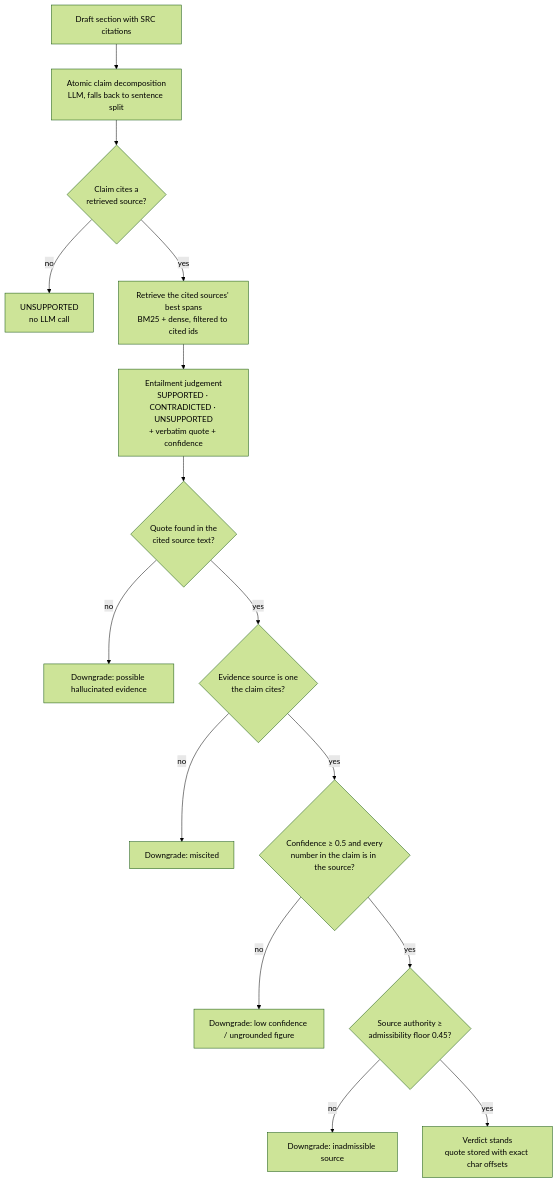
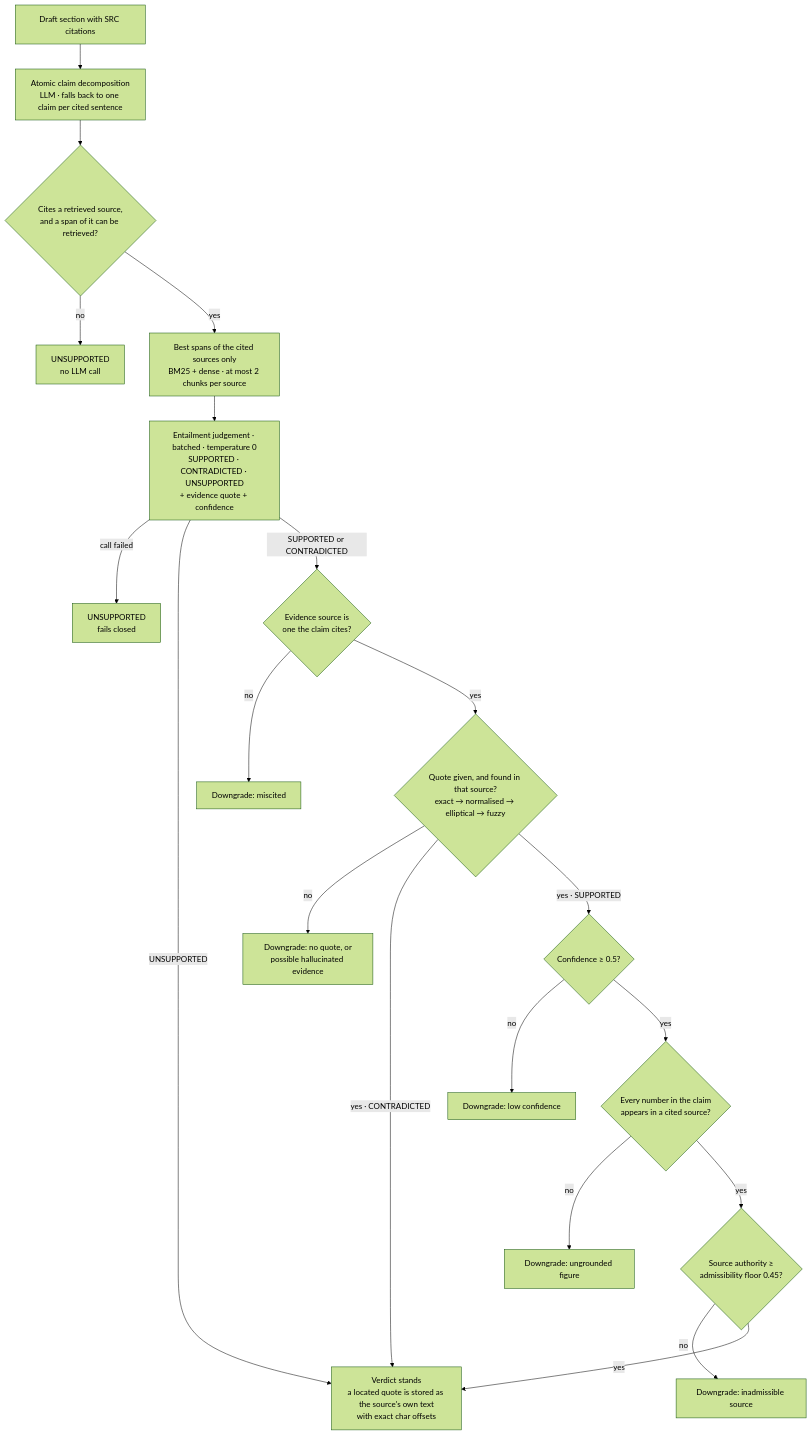
The second of 3 diagrams in README.md (mlbala/deepdive-agent-arena-2026), drawn with Mermaid (forest theme) before and after one commit. The commit also changed other lines of this file, not shown here.

First line of the commit message:
docs(readme): redraw the architecture and verification diagrams from the current code

````diff
--- a/README.md
+++ b/README.md
@@ -135,17 +139,22 @@
 ```mermaid
 flowchart TD
-    A[Draft section with SRC citations] --> B[Atomic claim decomposition<br/>LLM, falls back to sentence split]
-    B --> C{Claim cites a<br/>retrieved source?}
-    C -- no --> U1[UNSUPPORTED<br/>no LLM call]
-    C -- yes --> E[Retrieve the cited sources' best spans<br/>BM25 + dense, filtered to cited ids]
-    E --> J[Entailment judgement<br/>SUPPORTED · CONTRADICTED · UNSUPPORTED<br/>+ verbatim quote + confidence]
-    J --> G1{Quote found in the<br/>cited source text?}
-    G1 -- no --> X[Downgrade: possible hallucinated evidence]
-    G1 -- yes --> G2{Evidence source is one<br/>the claim cites?}
-    G2 -- no --> X2[Downgrade: miscited]
-    G2 -- yes --> G3{Confidence ≥ 0.5 and every<br/>number in the claim is in the source?}
-    G3 -- no --> X3[Downgrade: low confidence / ungrounded figure]
-    G3 -- yes --> G4{Source authority ≥<br/>admissibility floor 0.45?}
-    G4 -- no --> X4[Downgrade: inadmissible source]
-    G4 -- yes --> OK[Verdict stands<br/>quote stored with exact char offsets]
+    A[Draft section with SRC citations] --> B[Atomic claim decomposition<br/>LLM · falls back to one claim per cited sentence]
+    B --> C{Cites a retrieved source,<br/>and a span of it can be retrieved?}
+    C -- no --> U0[UNSUPPORTED<br/>no LLM call]
+    C -- yes --> E[Best spans of the cited sources only<br/>BM25 + dense · at most 2 chunks per source]
+    E --> J[Entailment judgement · batched · temperature 0<br/>SUPPORTED · CONTRADICTED · UNSUPPORTED<br/>+ evidence quote + confidence]
+    J -- call failed --> U1[UNSUPPORTED<br/>fails closed]
+    J -- UNSUPPORTED --> K[Verdict stands<br/>a located quote is stored as the source's own text<br/>with exact char offsets]
+    J -- SUPPORTED or CONTRADICTED --> G1{Evidence source is<br/>one the claim cites?}
+    G1 -- no --> X1[Downgrade: miscited]
+    G1 -- yes --> G2{Quote given, and found in that source?<br/>exact → normalised → elliptical → fuzzy}
+    G2 -- no --> X2[Downgrade: no quote, or<br/>possible hallucinated evidence]
+    G2 -- "yes · CONTRADICTED" --> K
+    G2 -- "yes · SUPPORTED" --> G3{Confidence ≥ 0.5?}
+    G3 -- no --> X3[Downgrade: low confidence]
+    G3 -- yes --> G4{Every number in the claim<br/>appears in a cited source?}
+    G4 -- no --> X4[Downgrade: ungrounded figure]
+    G4 -- yes --> G5{Source authority ≥<br/>admissibility floor 0.45?}
+    G5 -- no --> X5[Downgrade: inadmissible source]
+    G5 -- yes --> K
 ```
````
